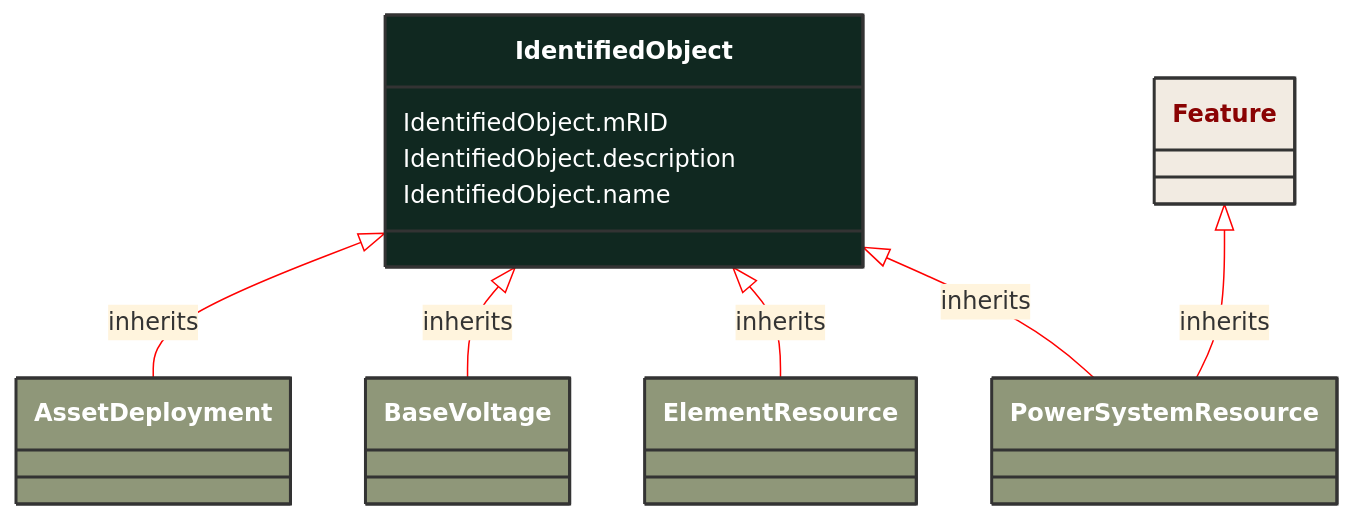
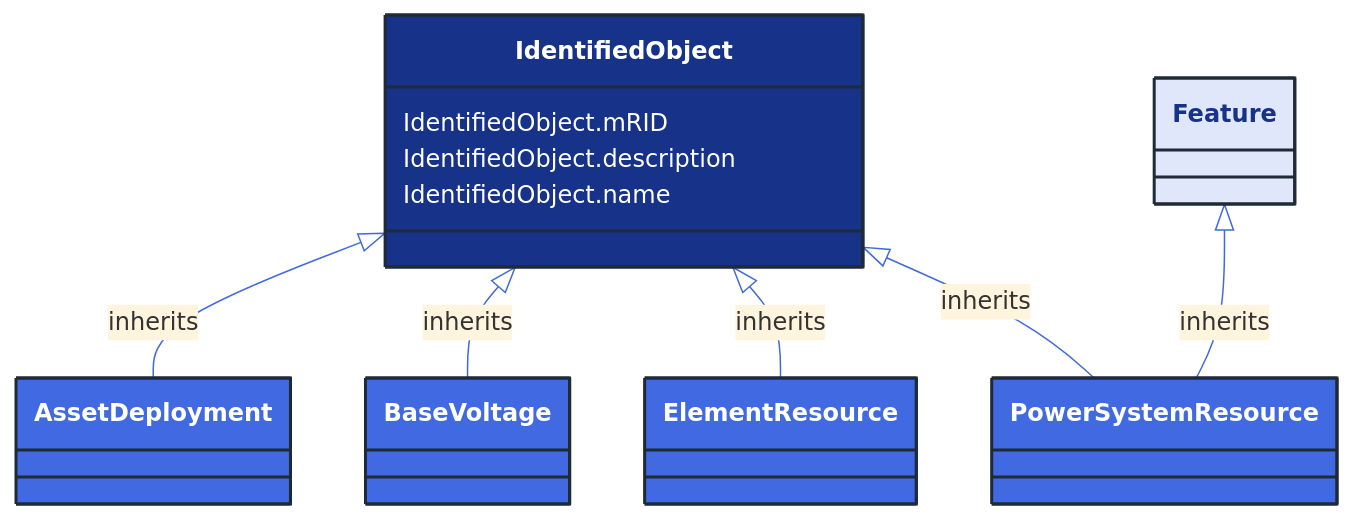
One commit to 3lbits/NoCIMExtensions changed the diagram in docs/Models/Profiles/AviationObstacle/AbstractClasses/IdentifiedObject.md. Above: the diagram before and after it, drawn with Mermaid. The commit also changed 362 other files, not shown here.

First line of the commit message:
Update diagrams and styles for improved visual consistency

````diff
--- a/docs/Models/Profiles/AviationObstacle/AbstractClasses/IdentifiedObject.md
+++ b/docs/Models/Profiles/AviationObstacle/AbstractClasses/IdentifiedObject.md
@@ -10,41 +10,41 @@
 ```mermaid
-%%{init: {'theme':'base','themeVariables': {'lineColor': '#FF0000'}}}%%
+%%{init: {'theme':'base','themeVariables': {'lineColor': '#4169E1'}}}%%
 classDiagram
     class IdentifiedObject
     click IdentifiedObject href "/Models/Profiles/AviationObstacle/AbstractClasses/IdentifiedObject/"
-    style IdentifiedObject fill:#102820,stroke:#333,stroke-width:2px,rx:10,ry:10,color:white
+    style IdentifiedObject fill:#163289,stroke:#1F2A37,stroke-width:2px,rx:10,ry:10,color:white
 
         IdentifiedObject <|-- AssetDeployment : inherits
 
         AssetDeployment
             click AssetDeployment href "/Models/Profiles/AviationObstacle/ConcreteClasses/AssetDeployment/"
-            style AssetDeployment fill:#8F9779,stroke:#333,stroke-width:2px,rx:10,ry:10,color:white
+            style AssetDeployment fill:#4169E1,stroke:#1F2A37,stroke-width:2px,rx:10,ry:10,color:white
 
         IdentifiedObject <|-- BaseVoltage : inherits
 
         BaseVoltage
             click BaseVoltage href "/Models/Profiles/AviationObstacle/ConcreteClasses/BaseVoltage/"
-            style BaseVoltage fill:#8F9779,stroke:#333,stroke-width:2px,rx:10,ry:10,color:white
+            style BaseVoltage fill:#4169E1,stroke:#1F2A37,stroke-width:2px,rx:10,ry:10,color:white
 
         IdentifiedObject <|-- ElementResource : inherits
 
         ElementResource
             click ElementResource href "/Models/Profiles/AviationObstacle/AbstractClasses/ElementResource/"
-            style ElementResource fill:#8F9779,stroke:#333,stroke-width:2px,rx:10,ry:10,color:white
+            style ElementResource fill:#4169E1,stroke:#1F2A37,stroke-width:2px,rx:10,ry:10,color:white
 
         IdentifiedObject <|-- PowerSystemResource : inherits
 
         PowerSystemResource
             click PowerSystemResource href "/Models/Profiles/AviationObstacle/AbstractClasses/PowerSystemResource/"
-            style PowerSystemResource fill:#8F9779,stroke:#333,stroke-width:2px,rx:10,ry:10,color:white
+            style PowerSystemResource fill:#4169E1,stroke:#1F2A37,stroke-width:2px,rx:10,ry:10,color:white
 
         Feature <|-- PowerSystemResource : inherits
             click Feature href "/Models/Profiles/AviationObstacle/AbstractClasses/Feature/"
-            style Feature fill:#F2EBE2,stroke:#333,stroke-width:2px,rx:10,ry:10,color:#8A0303
+            style Feature fill:#E0E7FA,stroke:#1F2A37,stroke-width:2px,rx:10,ry:10,color:#163289
 
 
 
         IdentifiedObject : IdentifiedObject.mRID
         IdentifiedObject : IdentifiedObject.description
         IdentifiedObject : IdentifiedObject.name
 ```
````
